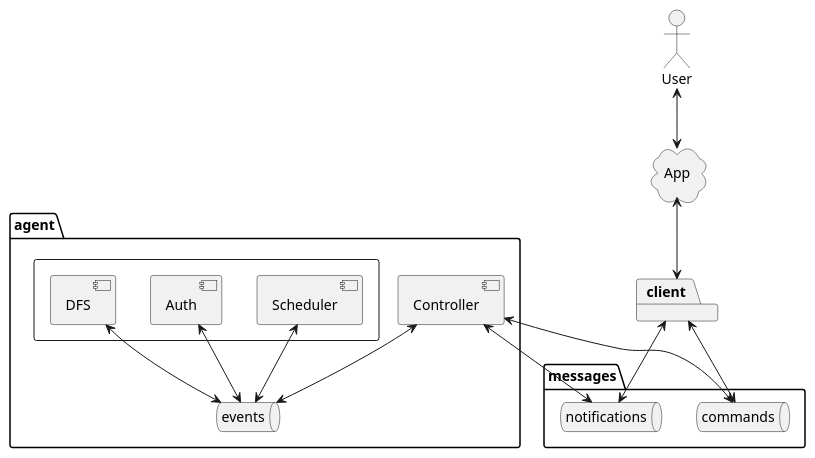
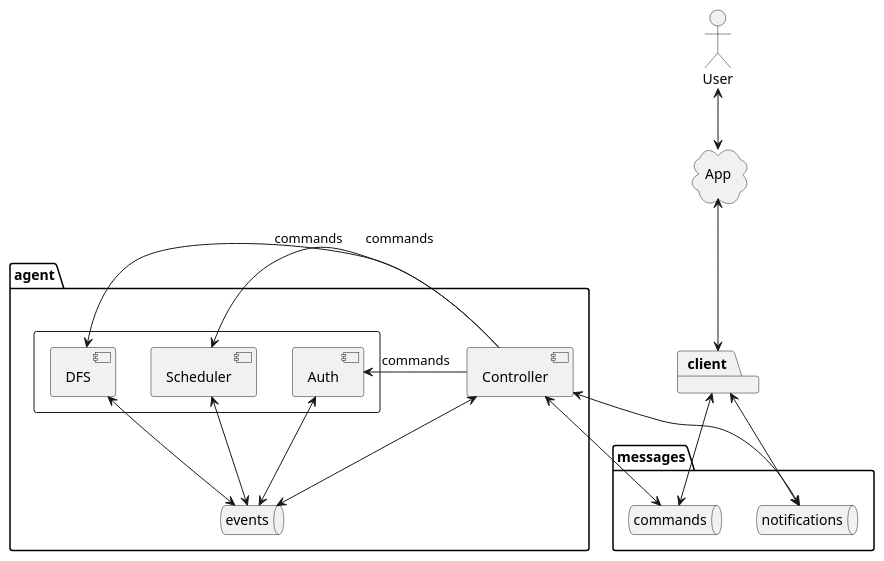
Before and after one commit to saratoga8/motion_notifier: the diagram in docs/connections.puml, drawn with PlantUML. The commit also changed 2 other files, not shown here.

```diff
--- a/docs/connections.puml
+++ b/docs/connections.puml
@@ -1,39 +1,42 @@
 @startuml
 'https://plantuml.com/deployment-diagram
 
 
 
 cloud App
 actor User
 package client
 
 
 package agent {
   component Controller
   queue events as agent_events
 
   rectangle {
     component DFS
     component Auth
     component Scheduler
   }
 
   Auth <-> agent_events
   DFS <-> agent_events
   Scheduler <-down-> agent_events
   Controller <-down-> agent_events
+  Controller -> Auth: commands
+  Controller -> DFS: commands
+  Controller -> Scheduler: commands
 }
 
 package messages {
   queue commands
   queue notifications
 }
 
 User <-down-> App
 App <-down-> client
 client <-> commands
 commands <-> Controller
 Controller <-down-> notifications
 client <-down-> notifications
 
 @enduml
```
